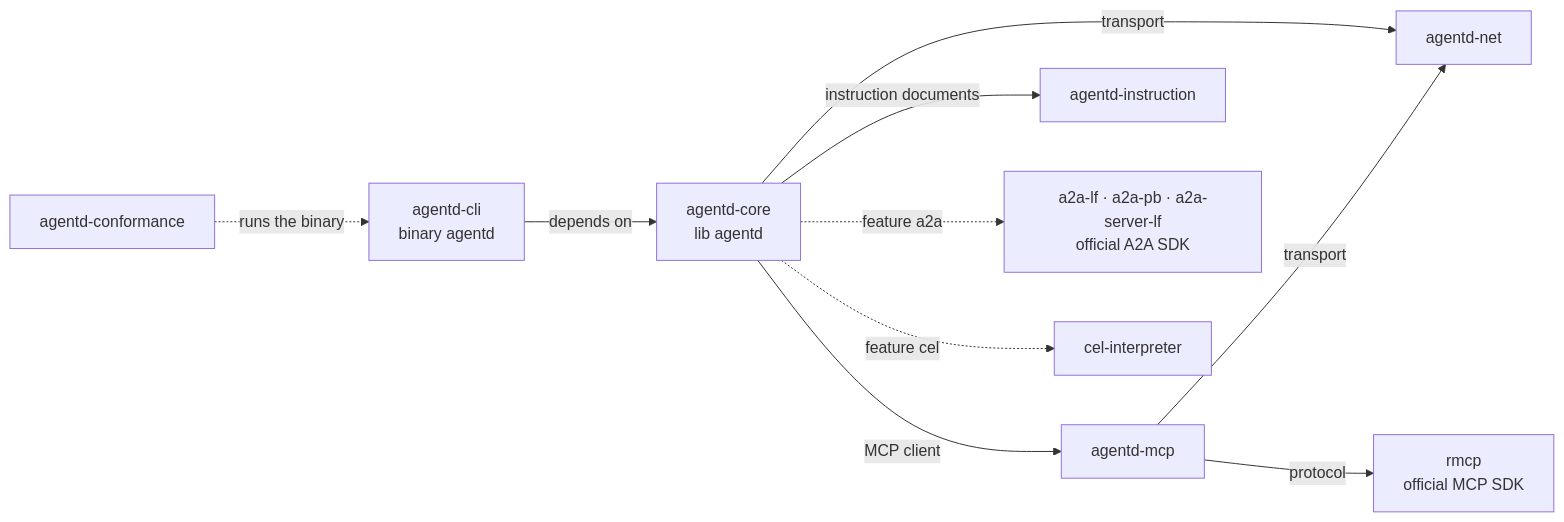
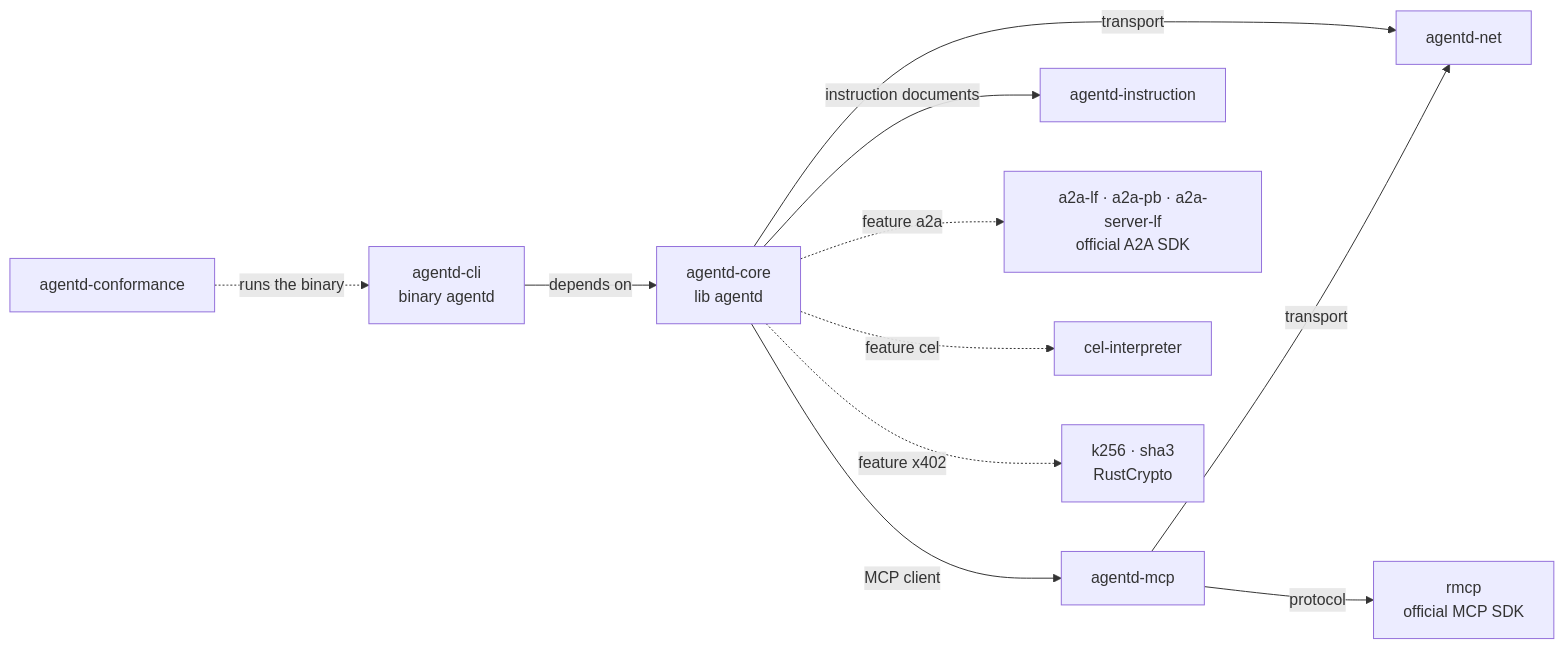
Before and after one commit to agentd-dev/source-code: the diagram in docs/features.md, drawn with Mermaid. The commit also changed other lines of this file and 30 other files, not shown here.

````diff
--- a/docs/features.md
+++ b/docs/features.md
@@ -169,12 +184,13 @@
 ```mermaid
 flowchart LR
   CLI["agentd-cli<br/>binary agentd"] -->|"depends on"| CORE["agentd-core<br/>lib agentd"]
   CORE -->|"MCP client"| MCP["agentd-mcp"]
   CORE -->|"transport"| NET["agentd-net"]
   CORE -->|"instruction documents"| INS["agentd-instruction"]
   MCP -->|"transport"| NET
   MCP -->|"protocol"| RMCP["rmcp<br/>official MCP SDK"]
   CORE -.->|"feature a2a"| A2A["a2a-lf · a2a-pb · a2a-server-lf<br/>official A2A SDK"]
   CORE -.->|"feature cel"| CEL["cel-interpreter"]
+  CORE -.->|"feature x402"| X402["k256 · sha3<br/>RustCrypto"]
   CONF["agentd-conformance"] -.->|"runs the binary"| CLI
 ```
````
